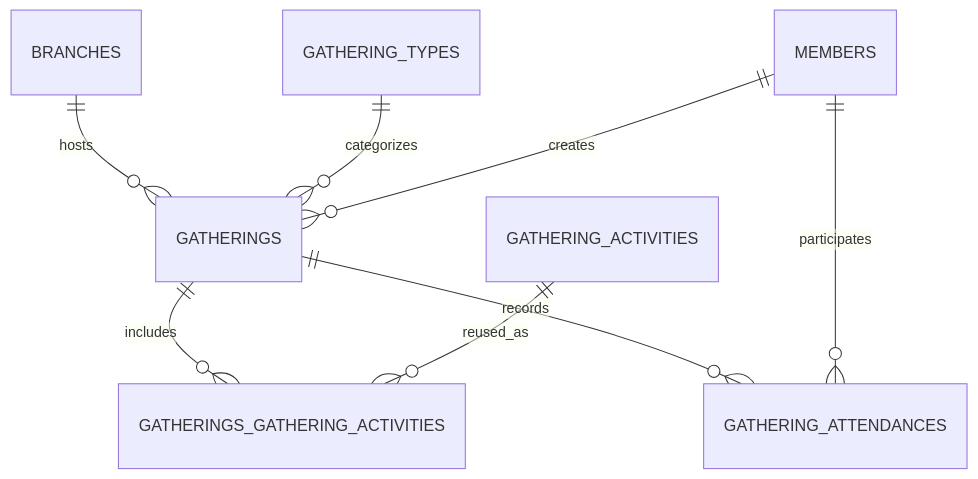
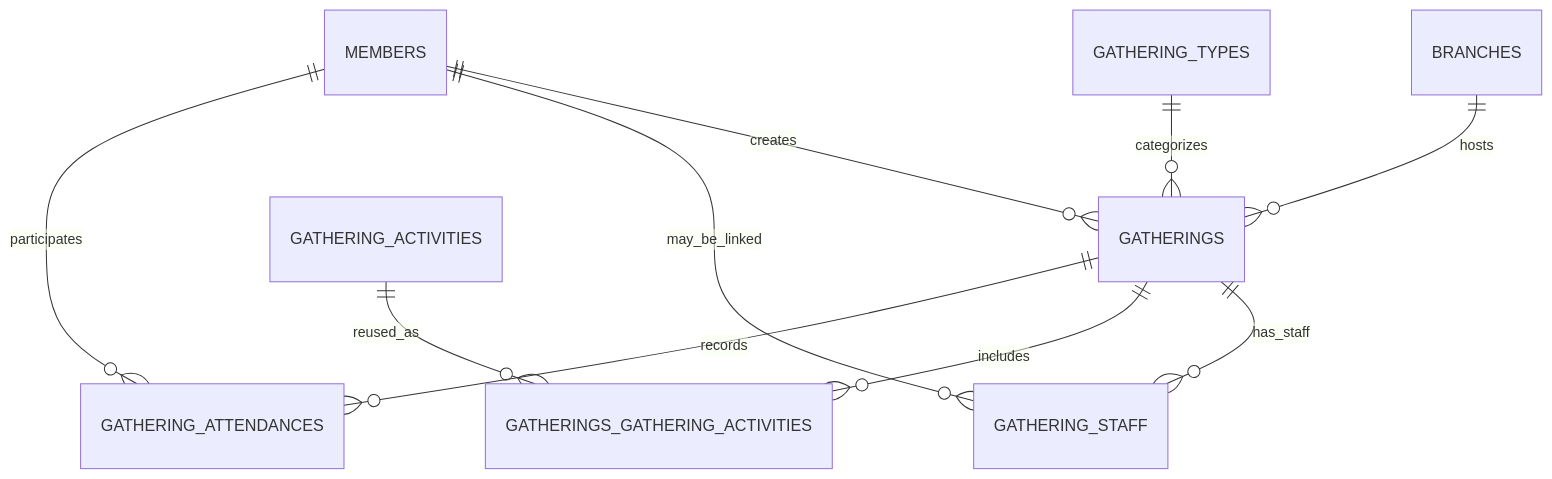
The diagram in docs/4.6-gatherings-system.md (Ansteorra/KMP), drawn with Mermaid before and after one commit. The commit also changed other lines of this file and 2 other files, not shown here.

Commit message:
Add comprehensive gatherings system documentation with new features

````diff
--- a/docs/4.6-gatherings-system.md
+++ b/docs/4.6-gatherings-system.md
@@ -55,10 +74,12 @@
 ```mermaid
 erDiagram
     BRANCHES ||--o{ GATHERINGS : hosts
     GATHERING_TYPES ||--o{ GATHERINGS : categorizes
     MEMBERS ||--o{ GATHERINGS : creates
+    GATHERINGS ||--o{ GATHERING_STAFF : has_staff
+    MEMBERS ||--o{ GATHERING_STAFF : may_be_linked
     GATHERINGS ||--o{ GATHERINGS_GATHERING_ACTIVITIES : includes
     GATHERING_ACTIVITIES ||--o{ GATHERINGS_GATHERING_ACTIVITIES : reused_as
     GATHERINGS ||--o{ GATHERING_ATTENDANCES : records
     MEMBERS ||--o{ GATHERING_ATTENDANCES : participates
 ```
````
